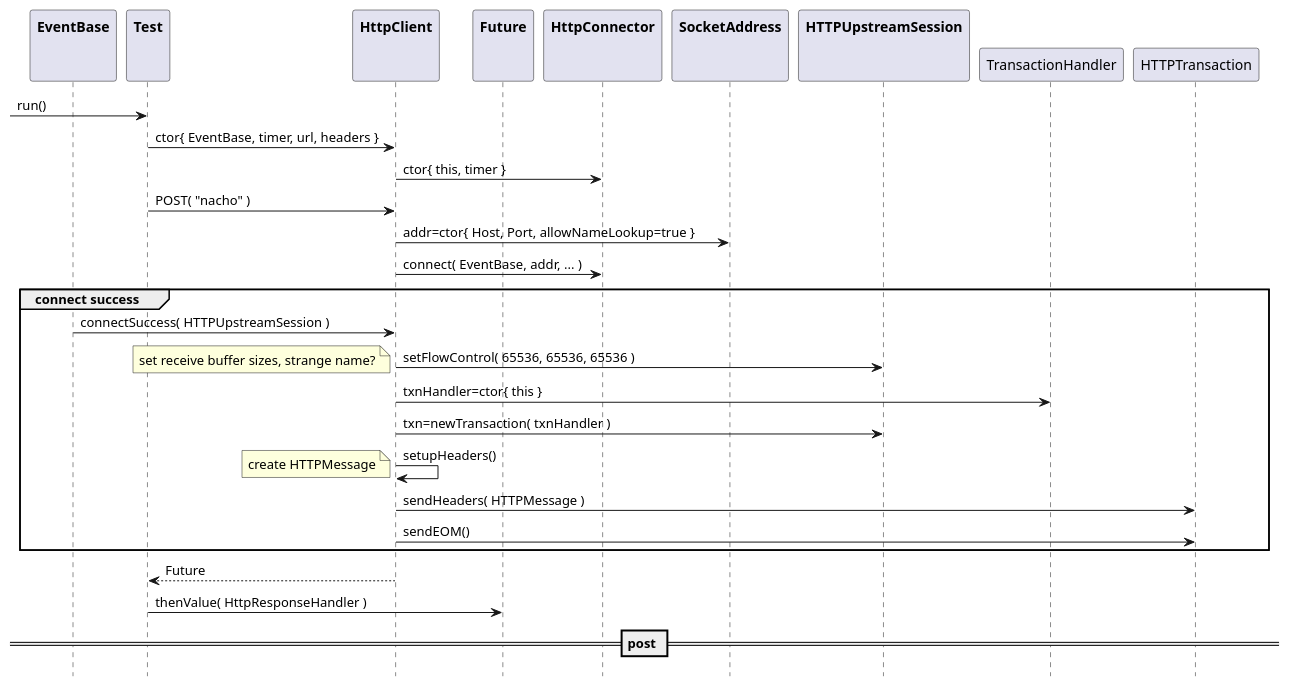
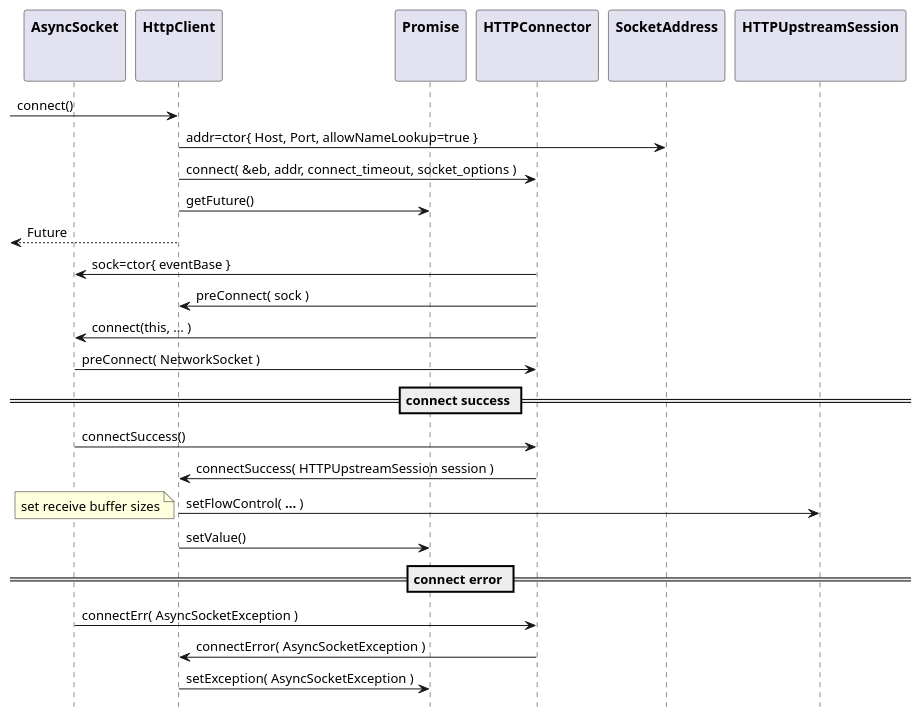
One commit to patrickhallinan/hello-proxygen changed the second of 4 diagrams in doc/http-client.adoc. Above: the diagram before and after it, drawn with PlantUML. The commit also changed other lines of this file and 6 other files, not shown here.

```diff
--- a/doc/http-client.adoc
+++ b/doc/http-client.adoc
@@ -62,49 +68,41 @@
-[plantuml, "http-client-original-seq.puml", svg]
+[plantuml, "http-client-connect-seq.puml", svg]
 ----
 hide footbox
 
-participant "**EventBase**\n\n" as EventBase
-participant "**Test**\n\n" as Test
+participant "**AsyncSocket**\n\n" as AsyncSocket
 participant "**HttpClient**\n\n" as HttpClient
-participant "**Future**\n\n" as Future
-participant "**HttpConnector**\n\n" as HttpConnector
+participant "**Promise**\n\n" as Promise
+participant "**HTTPConnector**\n\n" as HTTPConnector
 participant "**SocketAddress**\n\n" as SocketAddress
 participant "**HTTPUpstreamSession**\n\n" as HTTPUpstreamSession
 
--> Test : run()
-Test -> HttpClient : ctor{ EventBase, timer, url, headers }
 
-HttpClient -> HttpConnector : ctor{ this, timer }
 
-Test -> HttpClient : POST( "nacho" )
+-> HttpClient : connect()
 
 HttpClient -> SocketAddress : addr=ctor{ Host, Port, allowNameLookup=true }
-HttpClient -> HttpConnector : connect( EventBase, addr, ... )
+HttpClient -> HTTPConnector : connect( &eb, addr, connect_timeout, socket_options )
+HttpClient -> Promise : getFuture()
+<-- HttpClient : Future
 
-group connect success
-    EventBase -> HttpClient : connectSuccess( HTTPUpstreamSession )
-    HttpClient -> HTTPUpstreamSession : setFlowControl( 65536, 65536, 65536 )
-    note left: set receive buffer sizes, strange name?
-    
-    HttpClient -> TransactionHandler : txnHandler=ctor{ this }
-    
-    HttpClient -> HTTPUpstreamSession : txn=newTransaction( txnHandler )
-    'HTTPUpstreamSession -> HTTPUpstreamSession : newTransactionWithError( txnHandler )
-    'HTTPUpstreamSession -> HTTPUpstreamSession : startNow()
-    'HTTPUpstreamSession -> HTTPSession : startNow()    
-    'HTTPUpstreamSession -> HTTPSession : createTransaction()
-    
-    HttpClient -> HttpClient : setupHeaders()
-    note left: create HTTPMessage 
-    
-    HttpClient -> HTTPTransaction : sendHeaders( HTTPMessage )
-    HttpClient -> HTTPTransaction : sendEOM()
-    
-end group
+HTTPConnector -> AsyncSocket : sock=ctor{ eventBase }
+HTTPConnector -> HttpClient : preConnect( sock )
+HTTPConnector -> AsyncSocket : connect(this, ... )
+AsyncSocket -> HTTPConnector : preConnect( NetworkSocket )
 
-HttpClient --> Test : Future
-Test -> Future : thenValue( HttpResponseHandler )
+== connect success ==
 
-== post ==
- 
+AsyncSocket -> HTTPConnector : connectSuccess()
+HTTPConnector -> HttpClient : connectSuccess( HTTPUpstreamSession session )
+
+HttpClient -> HTTPUpstreamSession : setFlowControl( **...** )
+note left: set receive buffer sizes
+
+HttpClient -> Promise : setValue()
+
+== connect error ==
+
+AsyncSocket -> HTTPConnector : connectErr( AsyncSocketException )
+HTTPConnector -> HttpClient : connectError( AsyncSocketException )
+HttpClient -> Promise : setException( AsyncSocketException ) 
 ----
```
